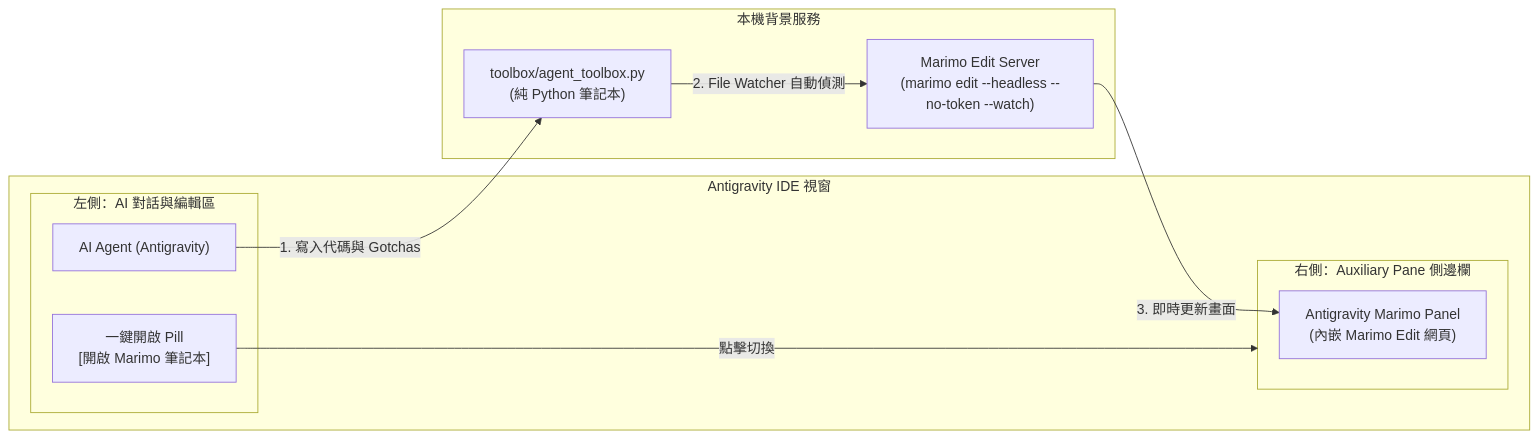
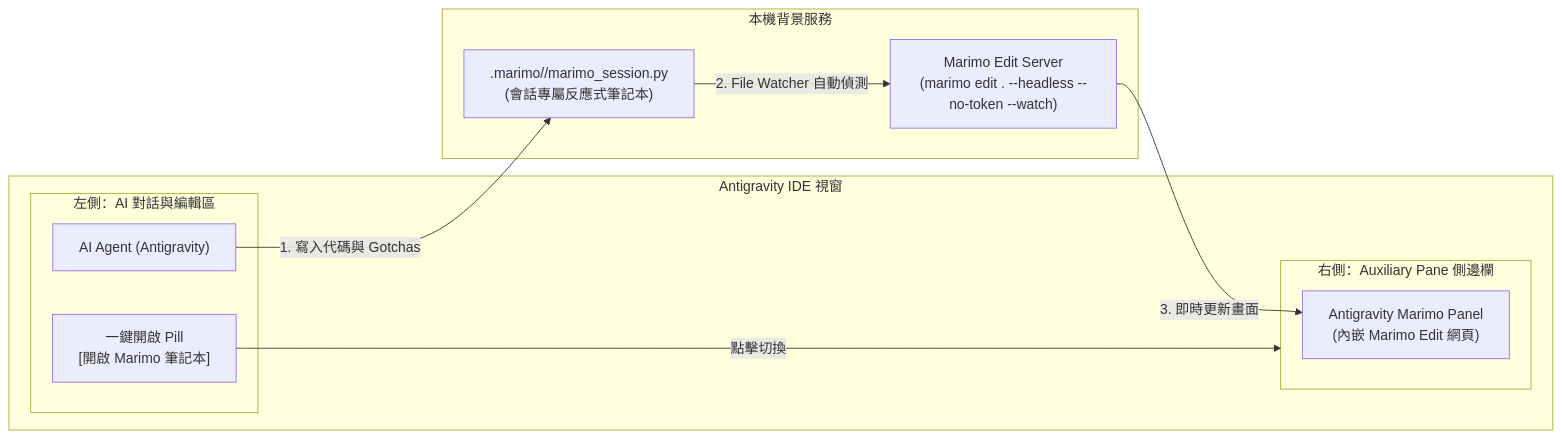
One commit to arco651749/antigravity-marimo changed the diagram in README.md. Above: the diagram before and after it, drawn with Mermaid. The commit also changed other lines of this file and 1 other file, not shown here.

Commit message:
docs: add detailed .marimo/<session_id>/marimo_session.py directory specification and naming gotchas to SKILL.md and README

````diff
--- a/README.md
+++ b/README.md
@@ -35,23 +35,23 @@
 ```mermaid
 flowchart LR
     subgraph AntigravityIDE["Antigravity IDE 視窗"]
         subgraph ChatPane["左側：AI 對話與編輯區"]
             Agent["AI Agent (Antigravity)"]
             PillLink["一鍵開啟 Pill\n[開啟 Marimo 筆記本]"]
         end
 
         subgraph SidePane["右側：Auxiliary Pane 側邊欄"]
             SidecarPanel["Antigravity Marimo Panel\n(內嵌 Marimo Edit 網頁)"]
         end
     end
 
     subgraph LocalServices["本機背景服務"]
-        NotebookFile["toolbox/agent_toolbox.py\n(純 Python 筆記本)"]
-        MarimoServer["Marimo Edit Server\n(marimo edit --headless --no-token --watch)"]
+        NotebookFile[".marimo/<session_id>/marimo_session.py\n(會話專屬反應式筆記本)"]
+        MarimoServer["Marimo Edit Server\n(marimo edit . --headless --no-token --watch)"]
     end
 
     Agent -->|1. 寫入代碼與 Gotchas| NotebookFile
     NotebookFile -->|2. File Watcher 自動偵測| MarimoServer
     MarimoServer -->|3. 即時更新畫面| SidecarPanel
     PillLink -->|點擊切換| SidePane
 ```
````
